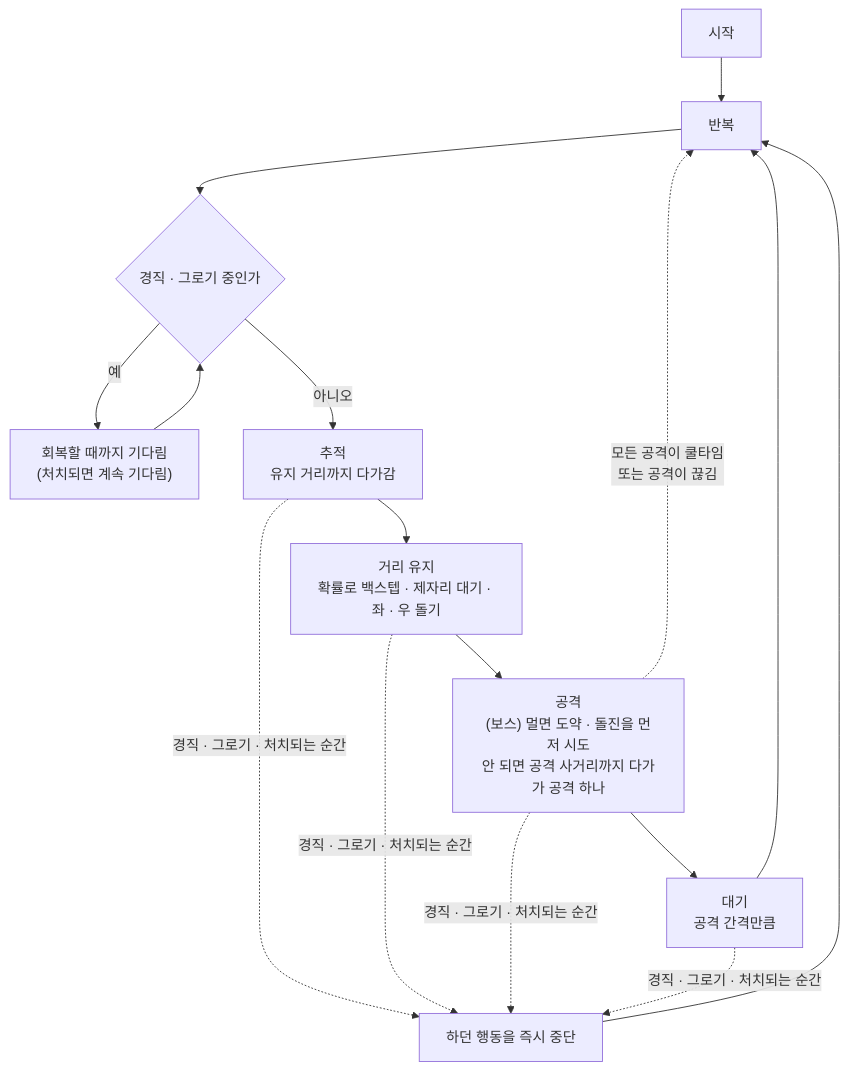
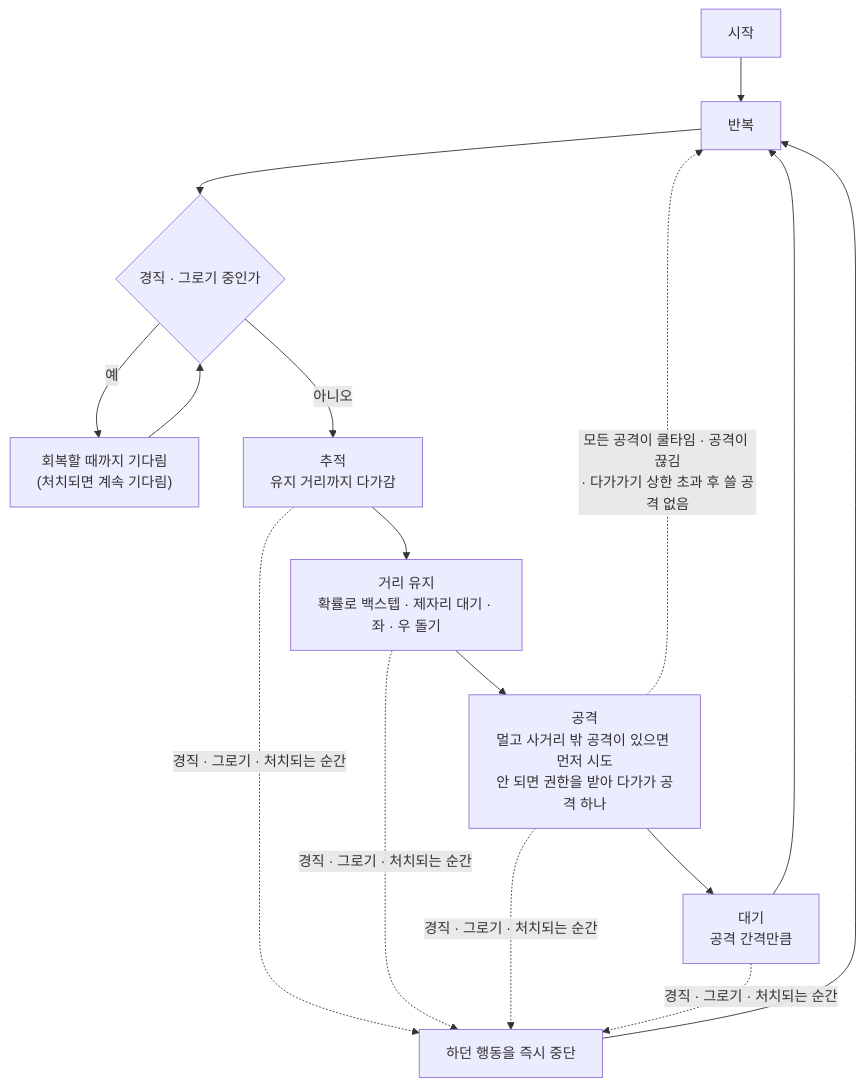
One commit to SquashPrince/Develrocket_mp15_HHH changed the first of 3 diagrams in Docs/Technical/Enemy/EnemyBehavior.md. Above: the diagram before and after it, drawn with Mermaid. The commit also changed other lines of this file and 110 other files, not shown here.

````diff
--- a/Docs/Technical/Enemy/EnemyBehavior.md
+++ b/Docs/Technical/Enemy/EnemyBehavior.md
@@ -24,15 +24,15 @@
 ```mermaid
 flowchart TD
     S["시작"] --> R["반복"]
     R --> W{"경직 · 그로기 중인가"}
     W -->|"예"| WR["회복할 때까지 기다림<br>(처치되면 계속 기다림)"]
     WR --> W
     W -->|"아니오"| C["추적<br>유지 거리까지 다가감"]
     C --> K["거리 유지<br>확률로 백스텝 · 제자리 대기 · 좌 · 우 돌기"]
-    K --> A["공격<br>(보스) 멀면 도약 · 돌진을 먼저 시도<br>안 되면 공격 사거리까지 다가가 공격 하나"]
+    K --> A["공격<br>멀고 사거리 밖 공격이 있으면 먼저 시도<br>안 되면 권한을 받아 다가가 공격 하나"]
     A --> D["대기<br>공격 간격만큼"]
     D --> R
     C & K & A & D -.->|"경직 · 그로기 · 처치되는 순간"| AB["하던 행동을 즉시 중단"]
     AB --> R
-    A -.->|"모든 공격이 쿨타임<br>또는 공격이 끊김"| R
+    A -.->|"모든 공격이 쿨타임 · 공격이 끊김<br>· 다가가기 상한 초과 후 쓸 공격 없음"| R
 ```
````
